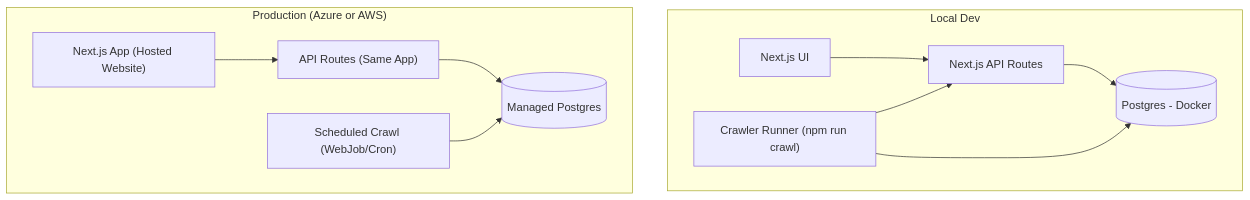
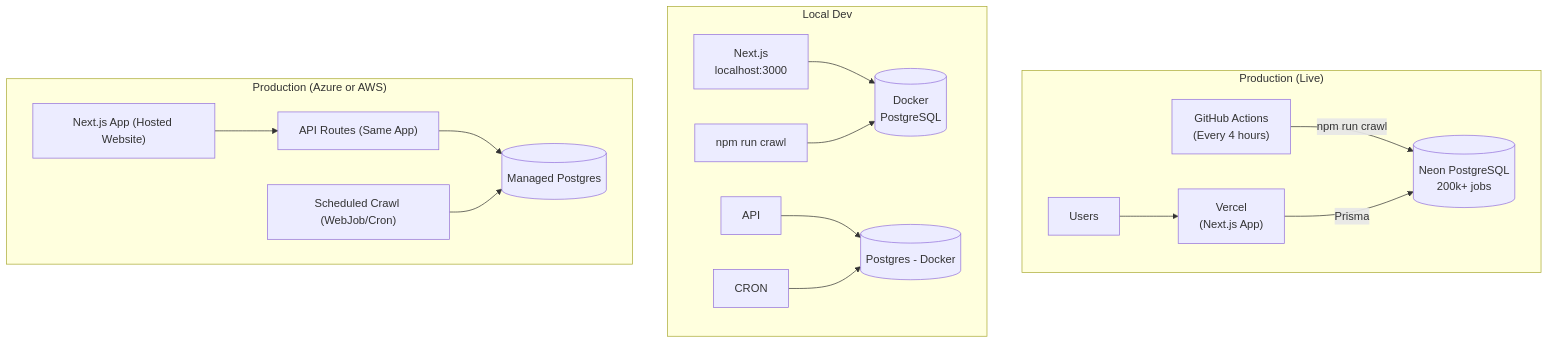
The diagram in README.md (jonahr4/InternAtlas), drawn with Mermaid before and after one commit. The commit also changed other lines of this file and 2 other files, not shown here.

Commit message:
Completed Phase 4: Deployed app

````diff
--- a/README.md
+++ b/README.md
@@ -96,15 +116,21 @@
 ```mermaid
 flowchart TD
+  subgraph Production["Production (Live)"]
+    GH["GitHub Actions\n(Every 4 hours)"] -->|npm run crawl| NEON[("Neon PostgreSQL\n200k+ jobs")]
+    VERCEL["Vercel\n(Next.js App)"] -->|Prisma| NEON
+    USER["Users"] --> VERCEL
+  end
+  
   subgraph Local["Local Dev"]
-    UI["Next.js UI"] --> API["Next.js API Routes"]
-    CRON["Crawler Runner (npm run crawl)"] --> API
+    DEV["Next.js\nlocalhost:3000"] --> DOCKER[("Docker\nPostgreSQL")]
+    CRAWL["npm run crawl"] --> DOCKER
     API --> DB[(Postgres - Docker)]
     CRON --> DB
   end
 
   subgraph Prod["Production (Azure or AWS)"]
     WEB["Next.js App (Hosted Website)"] --> API2["API Routes (Same App)"]
     API2 --> DB2[(Managed Postgres)]
     SCHED["Scheduled Crawl (WebJob/Cron)"] --> DB2
   end
 ```
````
